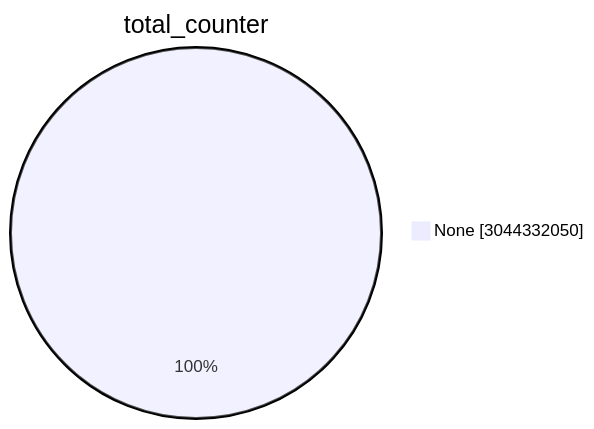
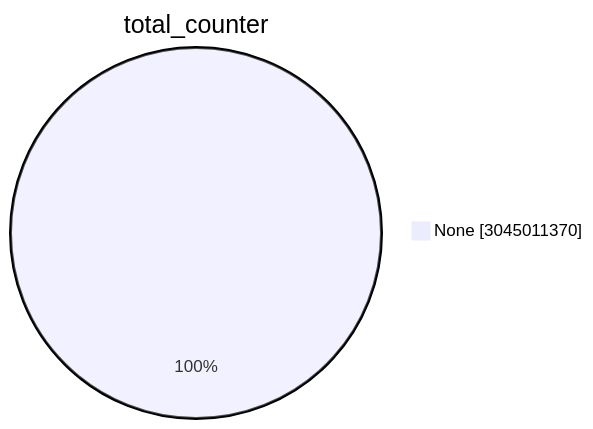
The first of 15 diagrams in TOTAL/README.md (christiankrug/ctmonitor_visualization), drawn with Mermaid before and after one commit. The commit also changed other lines of this file, not shown here.

````diff
--- a/TOTAL/README.md
+++ b/TOTAL/README.md
@@ -1,5 +1,5 @@
 ```mermaid
 pie showData
 title total_counter
-"None" :3044332050
+"None" :3045011370
 ```
````
